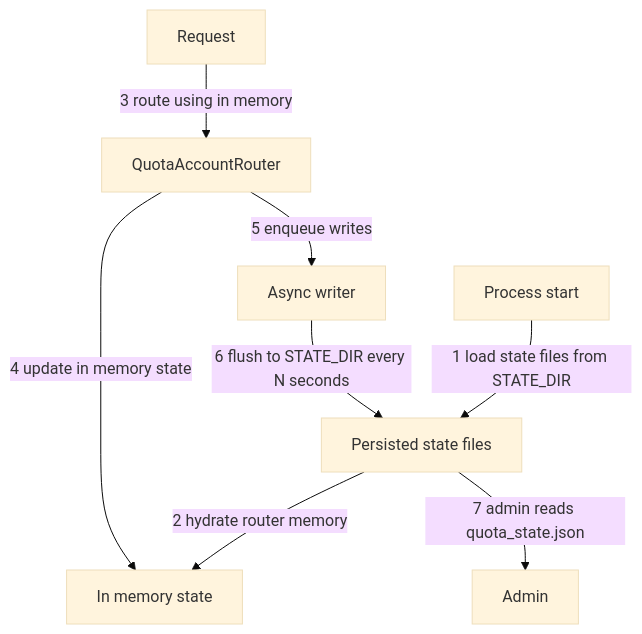
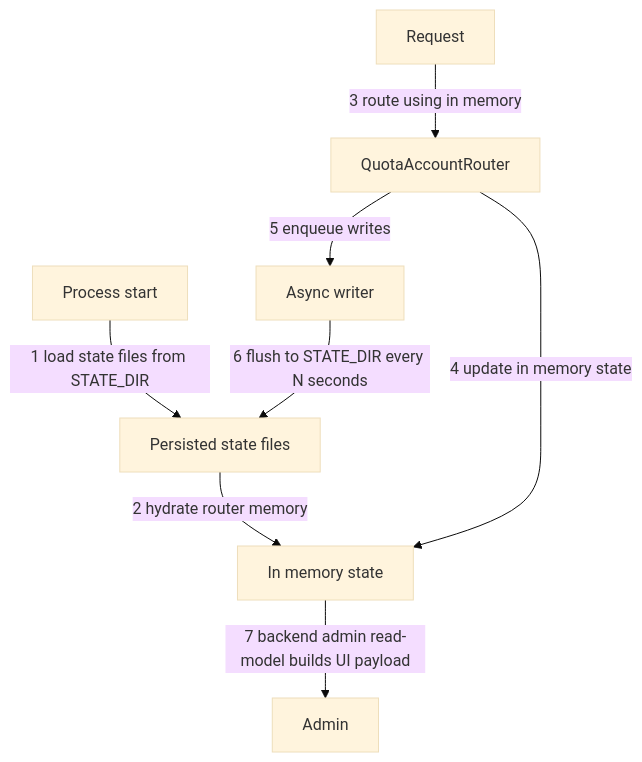
One commit to cyber-platform/llm_agent_platform changed the diagram in docs/architecture/quota-group-state-snapshot-and-state-dir.md. Above: the diagram before and after it, drawn with Mermaid (base theme). The commit also changed other lines of this file and 26 other files, not shown here.

````diff
--- a/docs/architecture/quota-group-state-snapshot-and-state-dir.md
+++ b/docs/architecture/quota-group-state-snapshot-and-state-dir.md
@@ -282,11 +330,11 @@
 ```mermaid
 flowchart TD
   Start[Process start] -->|1 load state files from STATE_DIR| StateFS[Persisted state files]
   StateFS -->|2 hydrate router memory| StateInMem[In memory state]
 
   Req[Request] -->|3 route using in memory| Router[QuotaAccountRouter]
   Router -->|4 update in memory state| StateInMem
   Router -->|5 enqueue writes| Writer[Async writer]
   Writer -->|6 flush to STATE_DIR every N seconds| StateFS
-  StateFS -->|7 admin reads quota_state.json| Admin[Admin]
+  StateInMem -->|7 backend admin read-model builds UI payload| Admin[Admin]
 ```
````
